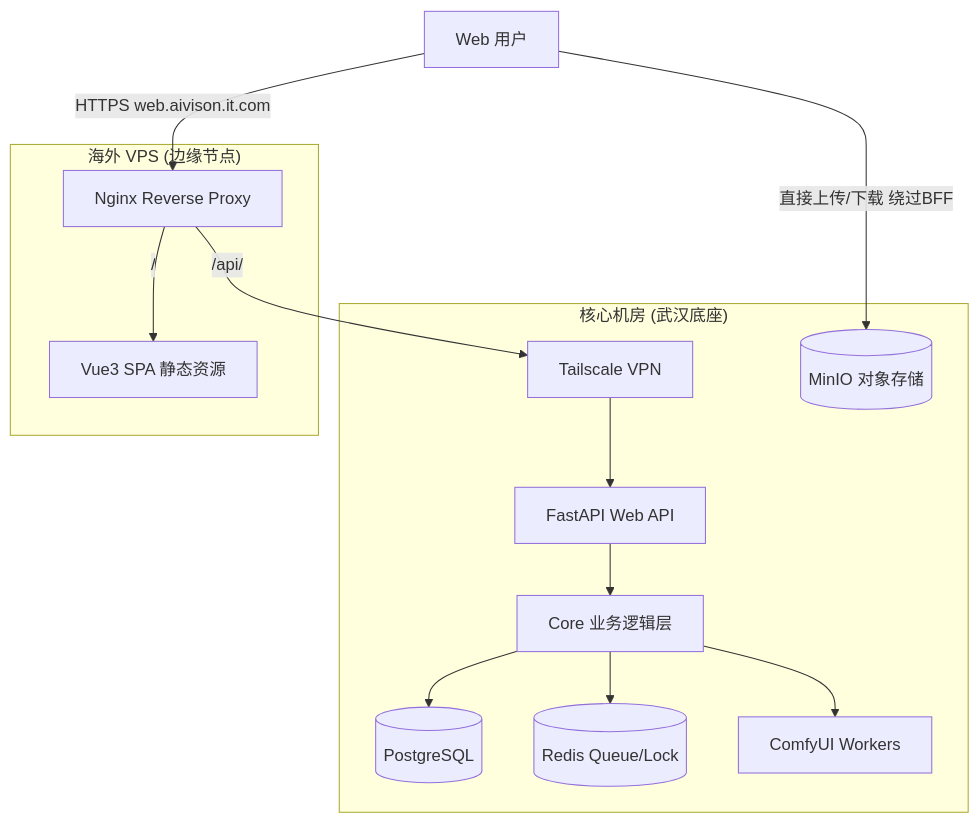
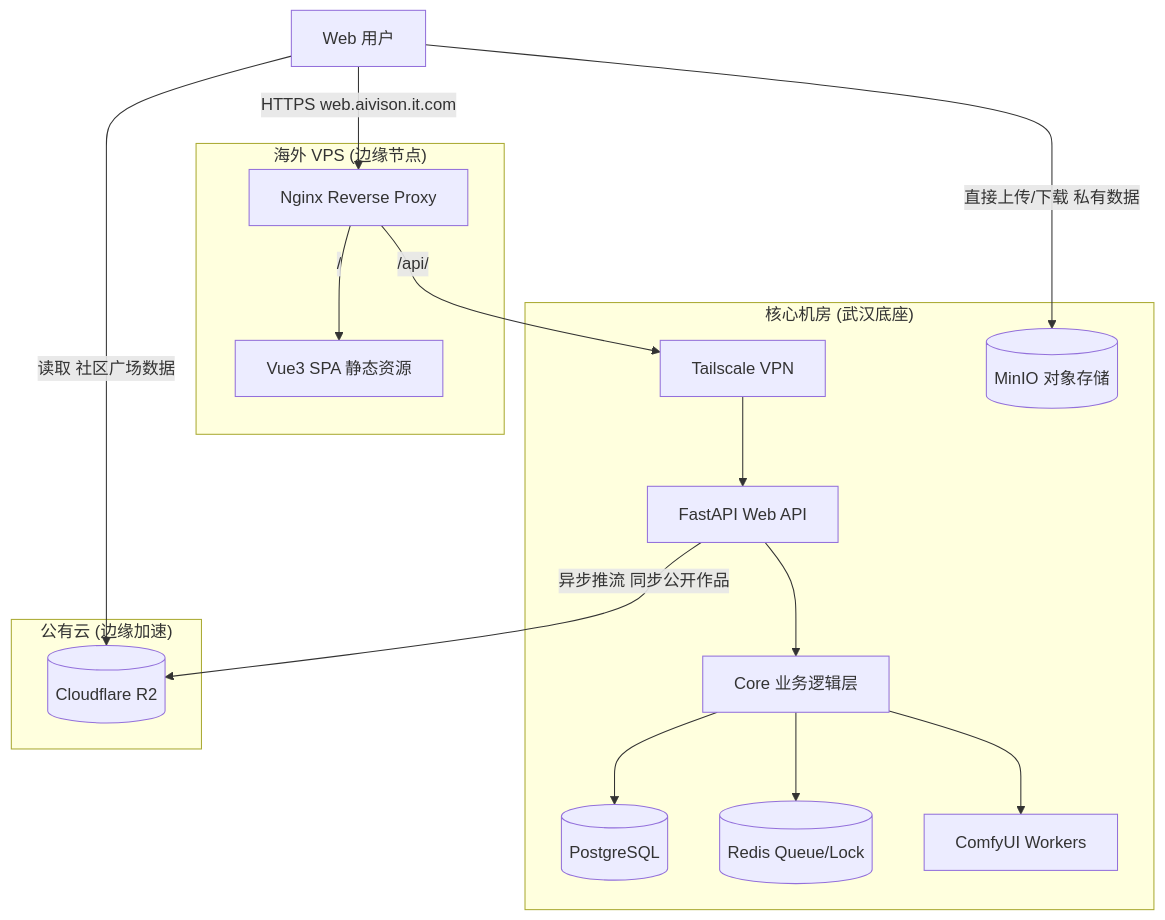
Before and after one commit to giraffu/All_bot: the diagram in WEB_MIGRATION_PLAN.md, drawn with Mermaid. The commit also changed other lines of this file and 8 other files, not shown here.

````diff
--- a/WEB_MIGRATION_PLAN.md
+++ b/WEB_MIGRATION_PLAN.md
@@ -30,30 +35,36 @@
 ```mermaid
 graph TD
     User[Web 用户]
 
     subgraph Edge["海外 VPS (边缘节点)"]
-        Nginx[Nginx Reverse Proxy]
-        Vue[Vue3 SPA 静态资源]
+    Nginx[Nginx Reverse Proxy]
+    Vue[Vue3 SPA 静态资源]
     end
 
     subgraph Base["核心机房 (武汉底座)"]
-        Tailscale[Tailscale VPN]
-        BFF[FastAPI Web API]
-        CoreService[Core 业务逻辑层]
-        DB[(PostgreSQL)]
-        Redis[(Redis Queue/Lock)]
-        MinIO[(MinIO 对象存储)]
-        Worker[ComfyUI Workers]
+    Tailscale[Tailscale VPN]
+    BFF[FastAPI Web API]
+    CoreService[Core 业务逻辑层]
+    DB[(PostgreSQL)]
+    Redis[(Redis Queue/Lock)]
+    MinIO[(MinIO 对象存储)]
+    Worker[ComfyUI Workers]
+    end
+    
+    subgraph Cloud["公有云 (边缘加速)"]
+    R2[(Cloudflare R2)]
     end
     
     User -->|HTTPS web.aivison.it.com| Nginx
-    User -->|直接上传/下载 绕过BFF| MinIO
+    User -->|直接上传/下载 私有数据| MinIO
+    User -->|读取 社区广场数据| R2
     
     Nginx -->|/| Vue
     Nginx -->|/api/| Tailscale
     Tailscale --> BFF
     BFF --> CoreService
     CoreService --> DB
     CoreService --> Redis
     CoreService --> Worker
+    BFF -->|异步推流 同步公开作品| R2
 ```
````
